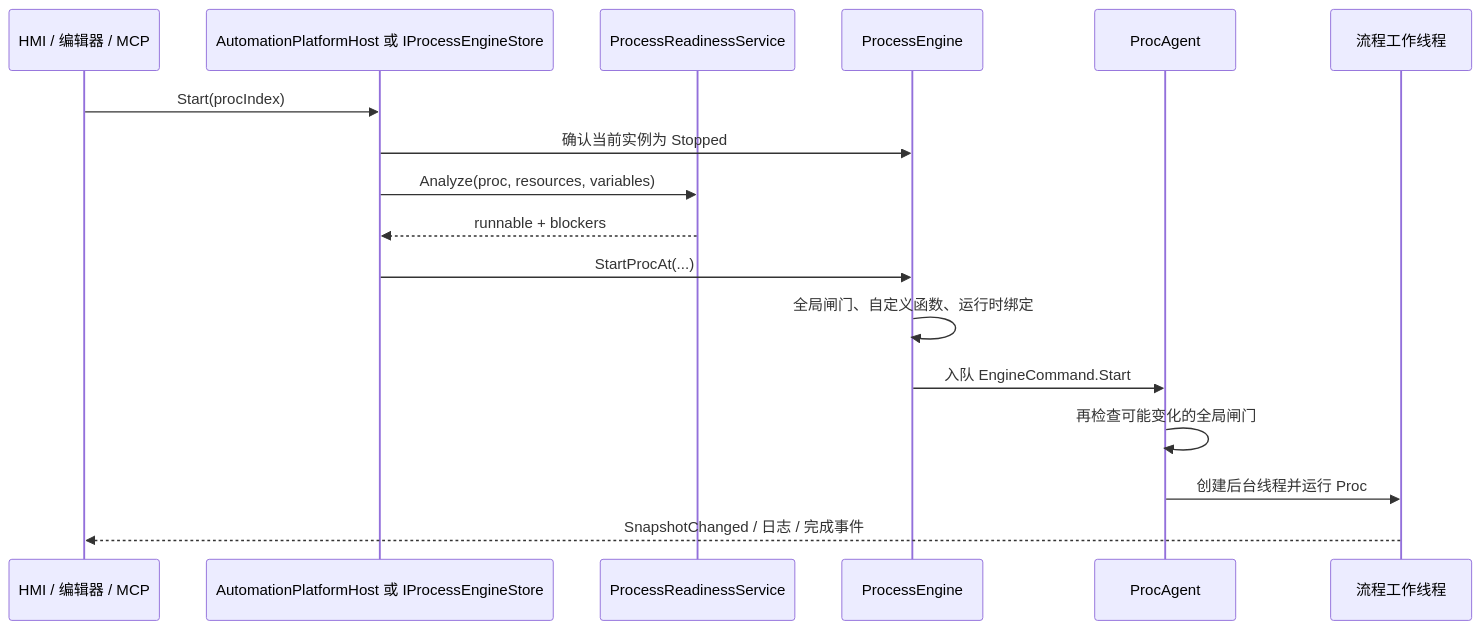
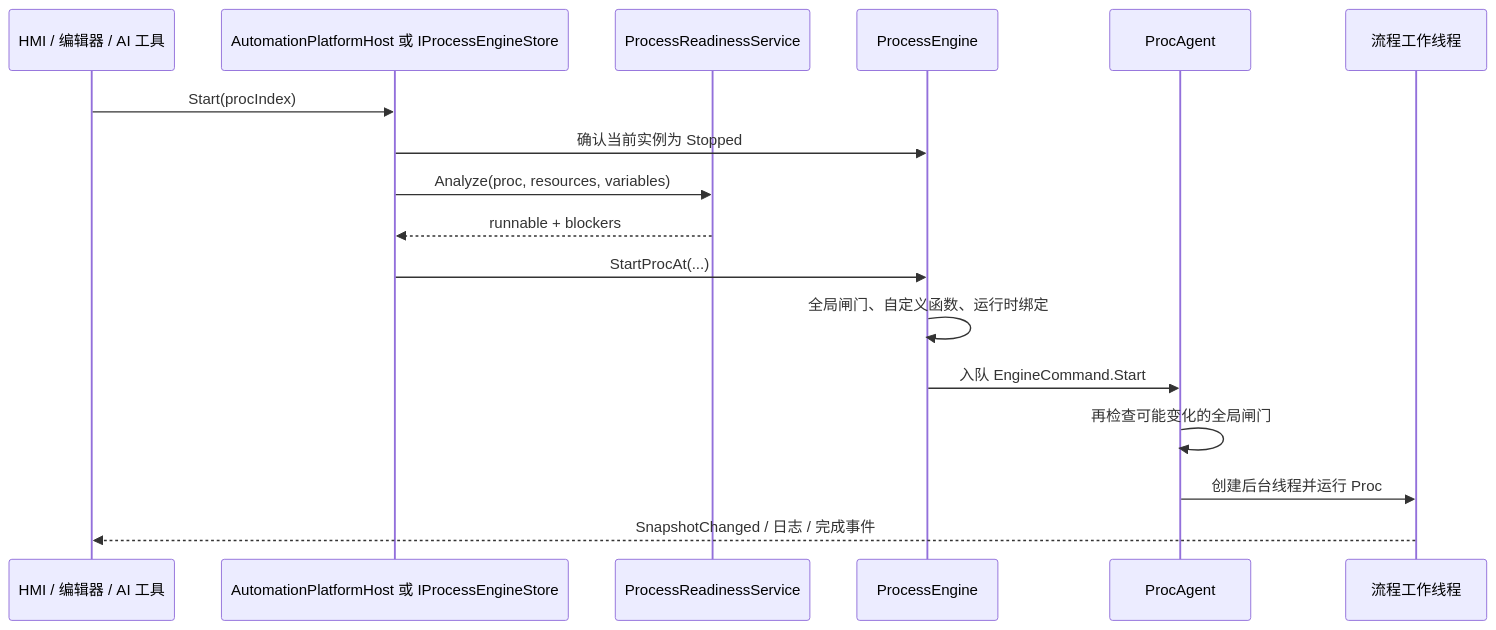
One commit to zeastwin/Automation changed the second of 2 diagrams in Docs/Architecture/03-流程编辑与运行.md. Above: the diagram before and after it, drawn with Mermaid. The commit also changed 73 other files, not shown here.

````diff
--- a/Docs/Architecture/03-流程编辑与运行.md
+++ b/Docs/Architecture/03-流程编辑与运行.md
@@ -45,20 +45,20 @@
 ```mermaid
 sequenceDiagram
-    participant Caller as HMI / 编辑器 / MCP
+    participant Caller as HMI / 编辑器 / AI 工具
     participant Host as AutomationPlatformHost 或 IProcessEngineStore
     participant Ready as ProcessReadinessService
     participant Engine as ProcessEngine
     participant Agent as ProcAgent
     participant Worker as 流程工作线程
 
     Caller->>Host: Start(procIndex)
     Host->>Engine: 确认当前实例为 Stopped
     Host->>Ready: Analyze(proc, resources, variables)
     Ready-->>Host: runnable + blockers
     Host->>Engine: StartProcAt(...)
     Engine->>Engine: 全局闸门、自定义函数、运行时绑定
     Engine->>Agent: 入队 EngineCommand.Start
     Agent->>Agent: 再检查可能变化的全局闸门
     Agent->>Worker: 创建后台线程并运行 Proc
     Worker-->>Caller: SnapshotChanged / 日志 / 完成事件
 ```
````
